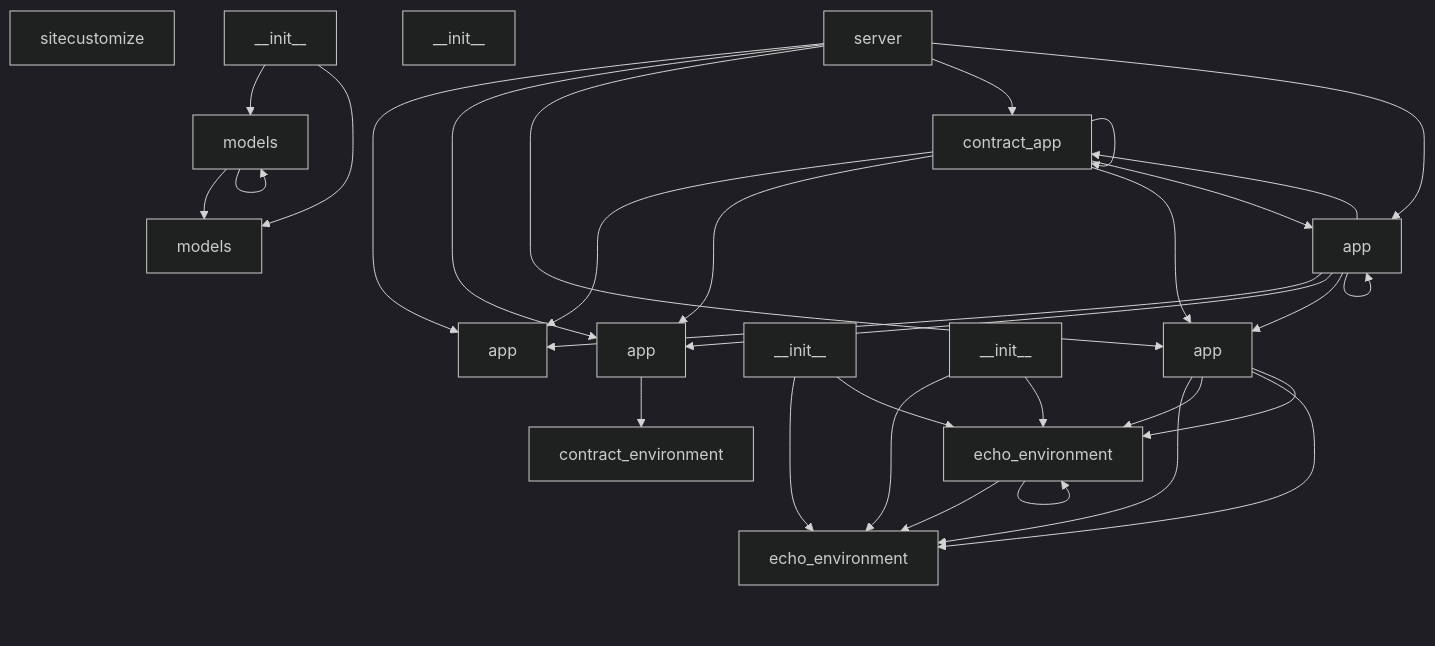
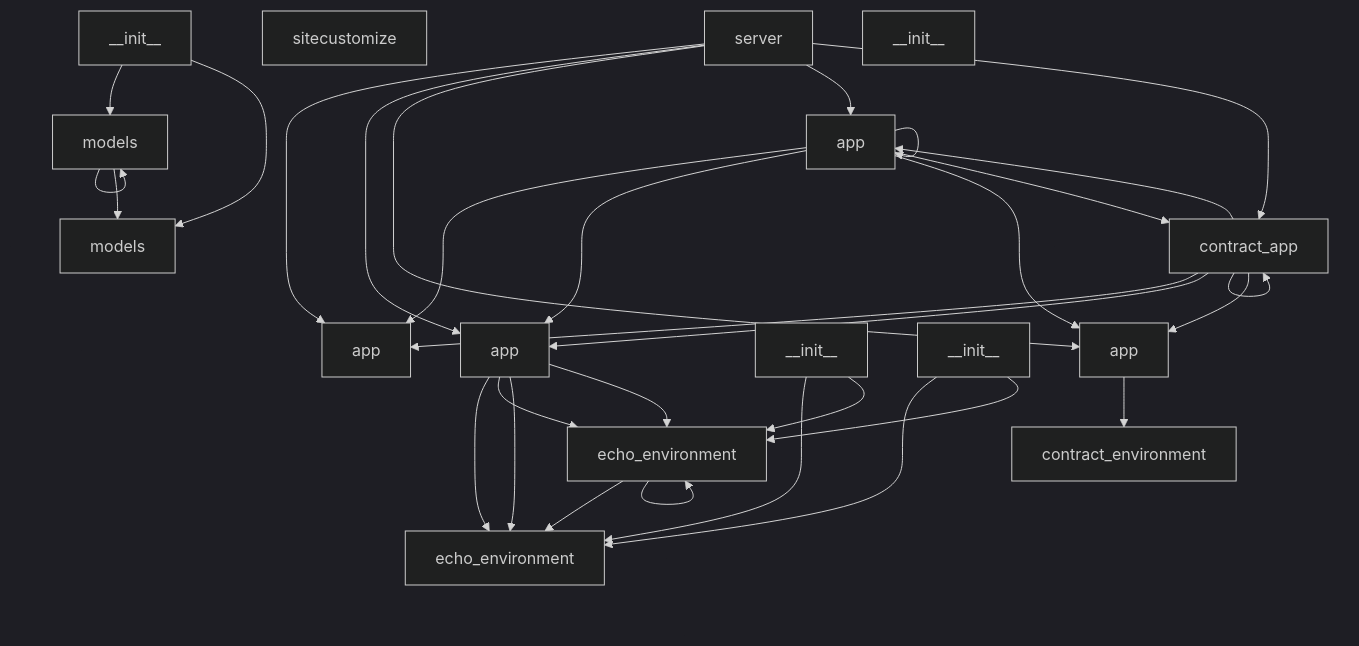
Before and after one commit to NITISH-R-G/DIALECTICA: the first of 2 diagrams in README.md, drawn with Mermaid (dark theme). The commit also changed other lines of this file and 2 other files, not shown here.

Commit message:
docs: Auto-update architecture and README

````diff
--- a/README.md
+++ b/README.md
@@ -26,65 +26,65 @@
 ```mermaid
 graph TD
     models_py["models"]
     click models_py href "models.py" "Go to source"
     models_py --> models_py
     models_py --> src_echo_env_models_py
-    sitecustomize_py["sitecustomize"]
-    click sitecustomize_py href "sitecustomize.py" "Go to source"
+    app_py["app"]
+    click app_py href "app.py" "Go to source"
     server_py["server"]
     click server_py href "server.py" "Go to source"
     server_py --> app_py
+    server_py --> src_echo_env_server_app_py
     server_py --> src_contract_env_server_app_py
-    server_py --> src_echo_env_server_app_py
+    server_py --> server_app_py
     server_py --> server_contract_app_py
-    server_py --> server_app_py
-    app_py["app"]
-    click app_py href "app.py" "Go to source"
+    sitecustomize_py["sitecustomize"]
+    click sitecustomize_py href "sitecustomize.py" "Go to source"
+    src_echo_env_models_py["models"]
+    click src_echo_env_models_py href "src/echo_env/models.py" "Go to source"
+    src_echo_env___init___py["__init__"]
+    click src_echo_env___init___py href "src/echo_env/__init__.py" "Go to source"
+    src_echo_env___init___py --> models_py
+    src_echo_env___init___py --> src_echo_env_models_py
+    src_echo_env_server_app_py["app"]
+    click src_echo_env_server_app_py href "src/echo_env/server/app.py" "Go to source"
+    src_echo_env_server_app_py --> src_echo_env_server_echo_environment_py
+    src_echo_env_server_app_py --> server_echo_environment_py
+    src_echo_env_server_app_py --> src_echo_env_server_echo_environment_py
+    src_echo_env_server_app_py --> server_echo_environment_py
+    src_echo_env_server_echo_environment_py["echo_environment"]
+    click src_echo_env_server_echo_environment_py href "src/echo_env/server/echo_environment.py" "Go to source"
+    src_echo_env_server___init___py["__init__"]
+    click src_echo_env_server___init___py href "src/echo_env/server/__init__.py" "Go to source"
+    src_echo_env_server___init___py --> src_echo_env_server_echo_environment_py
+    src_echo_env_server___init___py --> server_echo_environment_py
     src_contract_env___init___py["__init__"]
     click src_contract_env___init___py href "src/contract_env/__init__.py" "Go to source"
     src_contract_env_server_app_py["app"]
     click src_contract_env_server_app_py href "src/contract_env/server/app.py" "Go to source"
     src_contract_env_server_app_py --> src_contract_env_server_contract_environment_py
     src_contract_env_server_contract_environment_py["contract_environment"]
     click src_contract_env_server_contract_environment_py href "src/contract_env/server/contract_environment.py" "Go to source"
-    src_echo_env_models_py["models"]
-    click src_echo_env_models_py href "src/echo_env/models.py" "Go to source"
-    src_echo_env___init___py["__init__"]
-    click src_echo_env___init___py href "src/echo_env/__init__.py" "Go to source"
-    src_echo_env___init___py --> models_py
-    src_echo_env___init___py --> src_echo_env_models_py
-    src_echo_env_server_echo_environment_py["echo_environment"]
-    click src_echo_env_server_echo_environment_py href "src/echo_env/server/echo_environment.py" "Go to source"
-    src_echo_env_server_app_py["app"]
-    click src_echo_env_server_app_py href "src/echo_env/server/app.py" "Go to source"
-    src_echo_env_server_app_py --> src_echo_env_server_echo_environment_py
-    src_echo_env_server_app_py --> server_echo_environment_py
-    src_echo_env_server_app_py --> src_echo_env_server_echo_environment_py
-    src_echo_env_server_app_py --> server_echo_environment_py
-    src_echo_env_server___init___py["__init__"]
-    click src_echo_env_server___init___py href "src/echo_env/server/__init__.py" "Go to source"
-    src_echo_env_server___init___py --> src_echo_env_server_echo_environment_py
-    src_echo_env_server___init___py --> server_echo_environment_py
-    server_contract_app_py["contract_app"]
-    click server_contract_app_py href "server/contract_app.py" "Go to source"
-    server_contract_app_py --> app_py
-    server_contract_app_py --> src_contract_env_server_app_py
-    server_contract_app_py --> src_echo_env_server_app_py
-    server_contract_app_py --> server_contract_app_py
-    server_contract_app_py --> server_app_py
+    server_app_py["app"]
+    click server_app_py href "server/app.py" "Go to source"
+    server_app_py --> app_py
+    server_app_py --> src_echo_env_server_app_py
+    server_app_py --> src_contract_env_server_app_py
+    server_app_py --> server_app_py
+    server_app_py --> server_contract_app_py
     server_echo_environment_py["echo_environment"]
     click server_echo_environment_py href "server/echo_environment.py" "Go to source"
     server_echo_environment_py --> src_echo_env_server_echo_environment_py
     server_echo_environment_py --> server_echo_environment_py
-    server_app_py["app"]
-    click server_app_py href "server/app.py" "Go to source"
-    server_app_py --> app_py
-    server_app_py --> src_contract_env_server_app_py
-    server_app_py --> src_echo_env_server_app_py
-    server_app_py --> server_contract_app_py
-    server_app_py --> server_app_py
+    server_contract_app_py["contract_app"]
+    click server_contract_app_py href "server/contract_app.py" "Go to source"
+    server_contract_app_py --> app_py
+    server_contract_app_py --> src_echo_env_server_app_py
+    server_contract_app_py --> src_contract_env_server_app_py
+    server_contract_app_py --> server_app_py
+    server_contract_app_py --> server_contract_app_py
     server___init___py["__init__"]
     click server___init___py href "server/__init__.py" "Go to source"
     server___init___py --> src_echo_env_server_echo_environment_py
     server___init___py --> server_echo_environment_py
 ```
````
